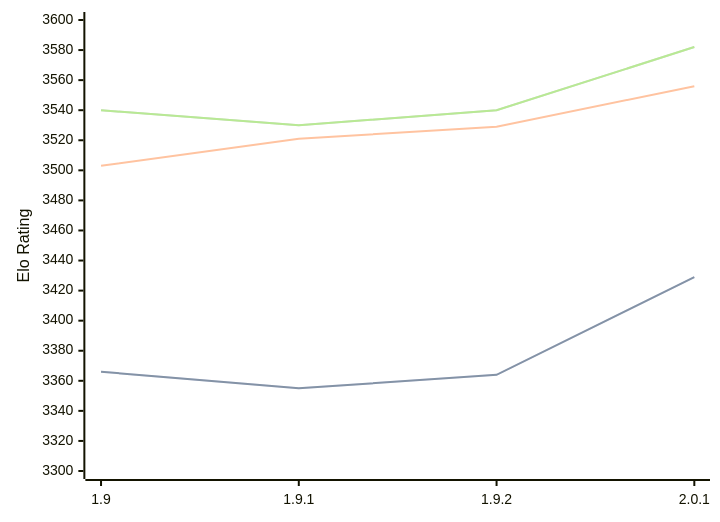
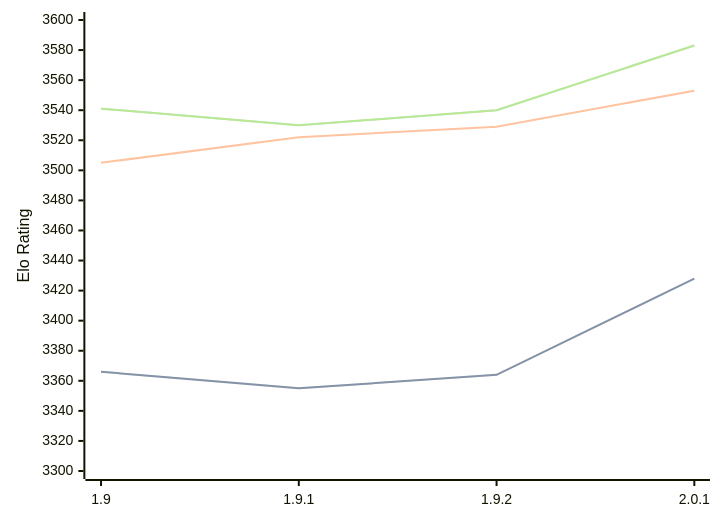
One commit to computer-chess-index/cci changed the first of 3 diagrams in engines/Pawnocchio.md. Above: the diagram before and after it, drawn with Mermaid. The commit also changed other lines of this file, not shown here.

Commit message:
Update CCI Ratings (ELO VLTC) - 2026-07-14

````diff
--- a/engines/Pawnocchio.md
+++ b/engines/Pawnocchio.md
@@ -50,11 +50,11 @@
 ```mermaid
 %%{init: {"theme":"base","themeVariables":{"seriesColors:['#a3a3a3','#222221','#faa371']}}}%%
 xychart-beta
   x-axis ["1.9", "1.9.1", "1.9.2", "2.0.1"]
   y-axis "Elo Rating" 3300 --> 3600
-  line "STC (8.0+0.08s)" [3366, 3355, 3364, 3429]
-  line "STC (8.0+0.08s)" [3366, 3355, 3364, 3429]
-  line "LTC (60.0+0.60s)" [3503, 3521, 3529, 3556]
-  line "VLTC (2m24s+1.12s)" [3540, 3530, 3540, 3582]
-  line "VLTC (2m24s+1.12s)" [3540, 3530, 3540, 3582]
+  line "STC (8.0+0.08s)" [3366, 3355, 3364, 3428]
+  line "STC (8.0+0.08s)" [3366, 3355, 3364, 3428]
+  line "LTC (60.0+0.60s)" [3505, 3522, 3529, 3553]
+  line "VLTC (2m24s+1.12s)" [3541, 3530, 3540, 3583]
+  line "VLTC (2m24s+1.12s)" [3541, 3530, 3540, 3583]
 ```
````
